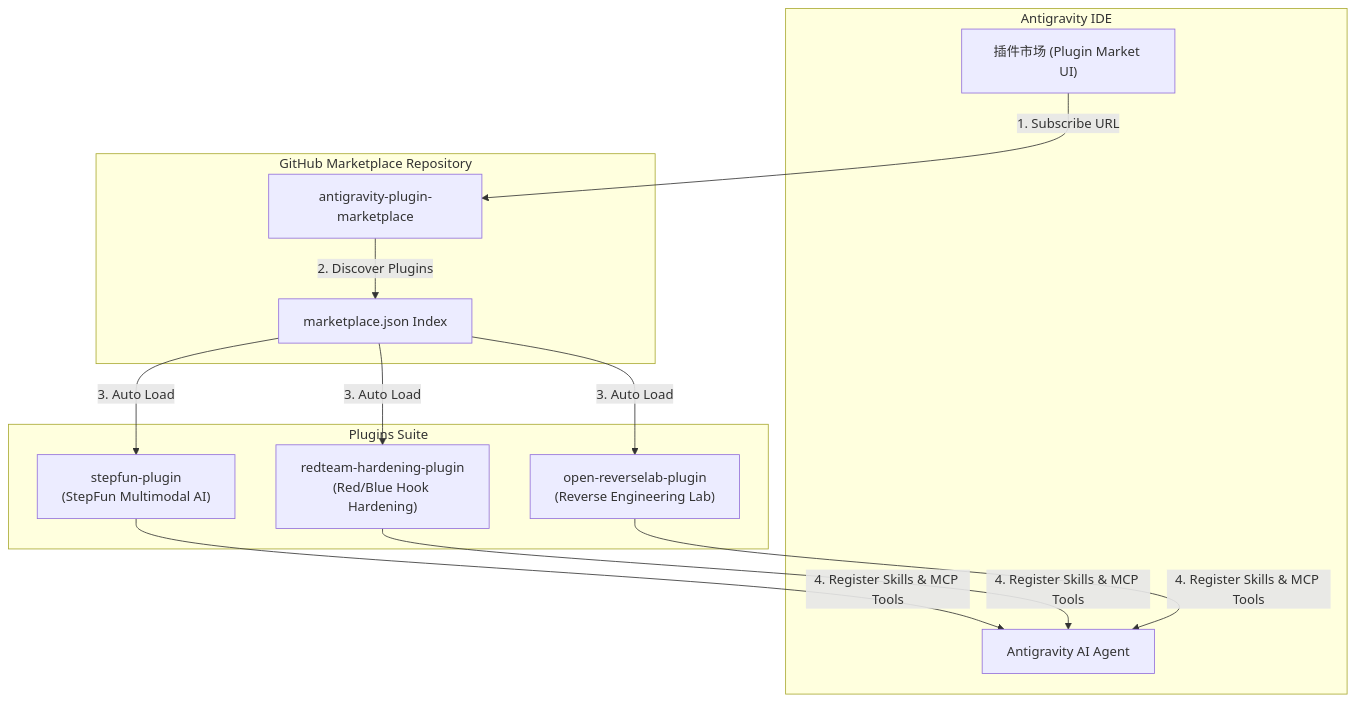
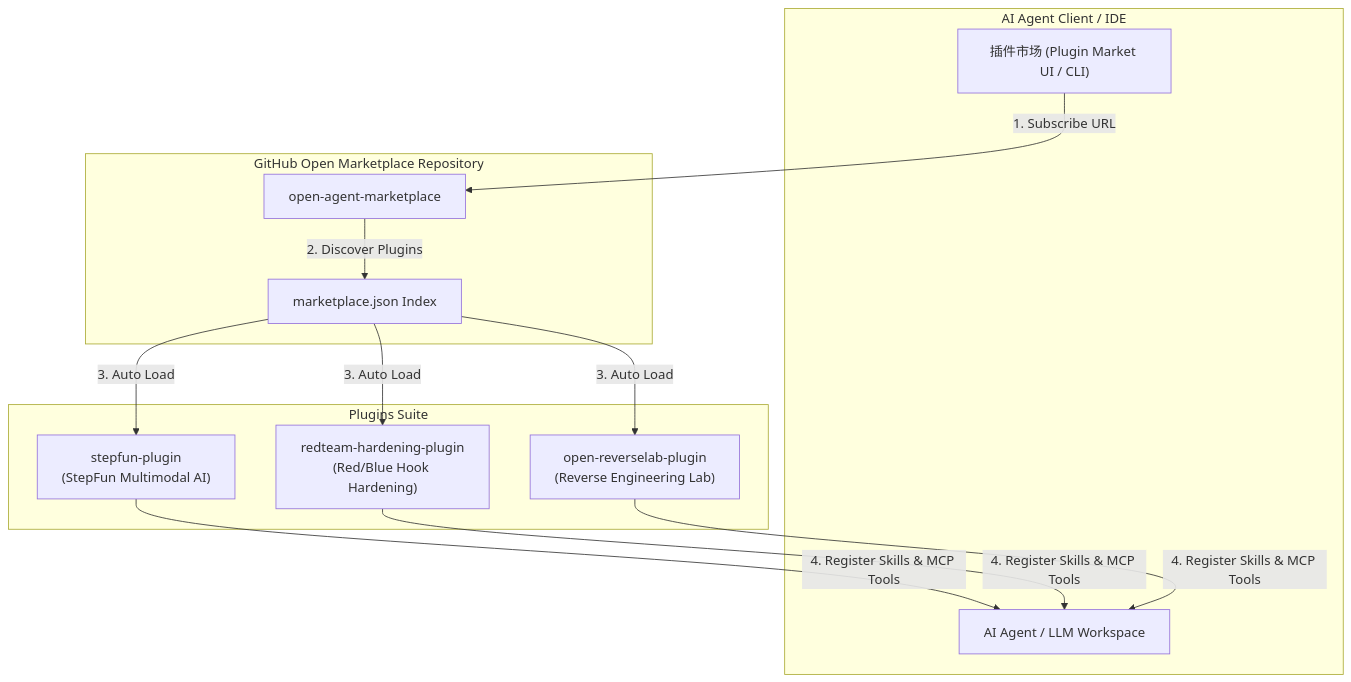
One commit to lingxiaoyiyu-hub/open-agent-marketplace changed the diagram in README.md. Above: the diagram before and after it, drawn with Mermaid. The commit also changed other lines of this file and 2 other files, not shown here.

Commit message:
refactor: rename marketplace to open-agent-marketplace

````diff
--- a/README.md
+++ b/README.md
@@ -28,23 +28,23 @@
 ```mermaid
 flowchart TD
-    subgraph Antigravity IDE
-        Agent[Antigravity AI Agent]
-        MarketplaceUI["插件市场 (Plugin Market UI)"]
+    subgraph AI Agent Client / IDE
+        Agent[AI Agent / LLM Workspace]
+        MarketplaceUI["插件市场 (Plugin Market UI / CLI)"]
     end
 
-    subgraph GitHub Marketplace Repository
-        Repo["antigravity-plugin-marketplace"]
+    subgraph GitHub Open Marketplace Repository
+        Repo["open-agent-marketplace"]
         Manifest["marketplace.json Index"]
     end
 
     subgraph Plugins Suite
         P1["stepfun-plugin\n(StepFun Multimodal AI)"]
         P2["redteam-hardening-plugin\n(Red/Blue Hook Hardening)"]
         P3["open-reverselab-plugin\n(Reverse Engineering Lab)"]
     end
 
     MarketplaceUI -->|1. Subscribe URL| Repo
     Repo -->|2. Discover Plugins| Manifest
     Manifest -->|3. Auto Load| P1 & P2 & P3
     P1 & P2 & P3 -->|4. Register Skills & MCP Tools| Agent
 ```
````
